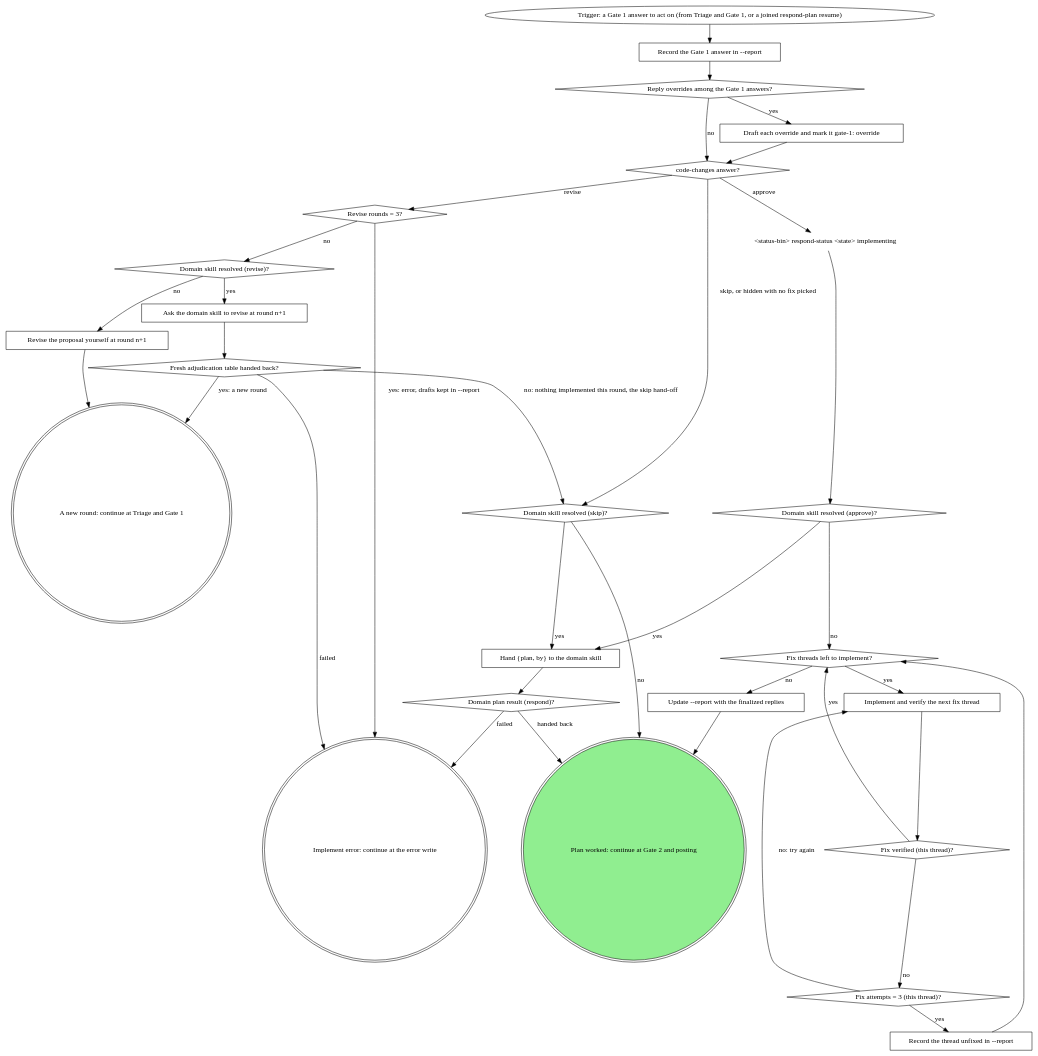
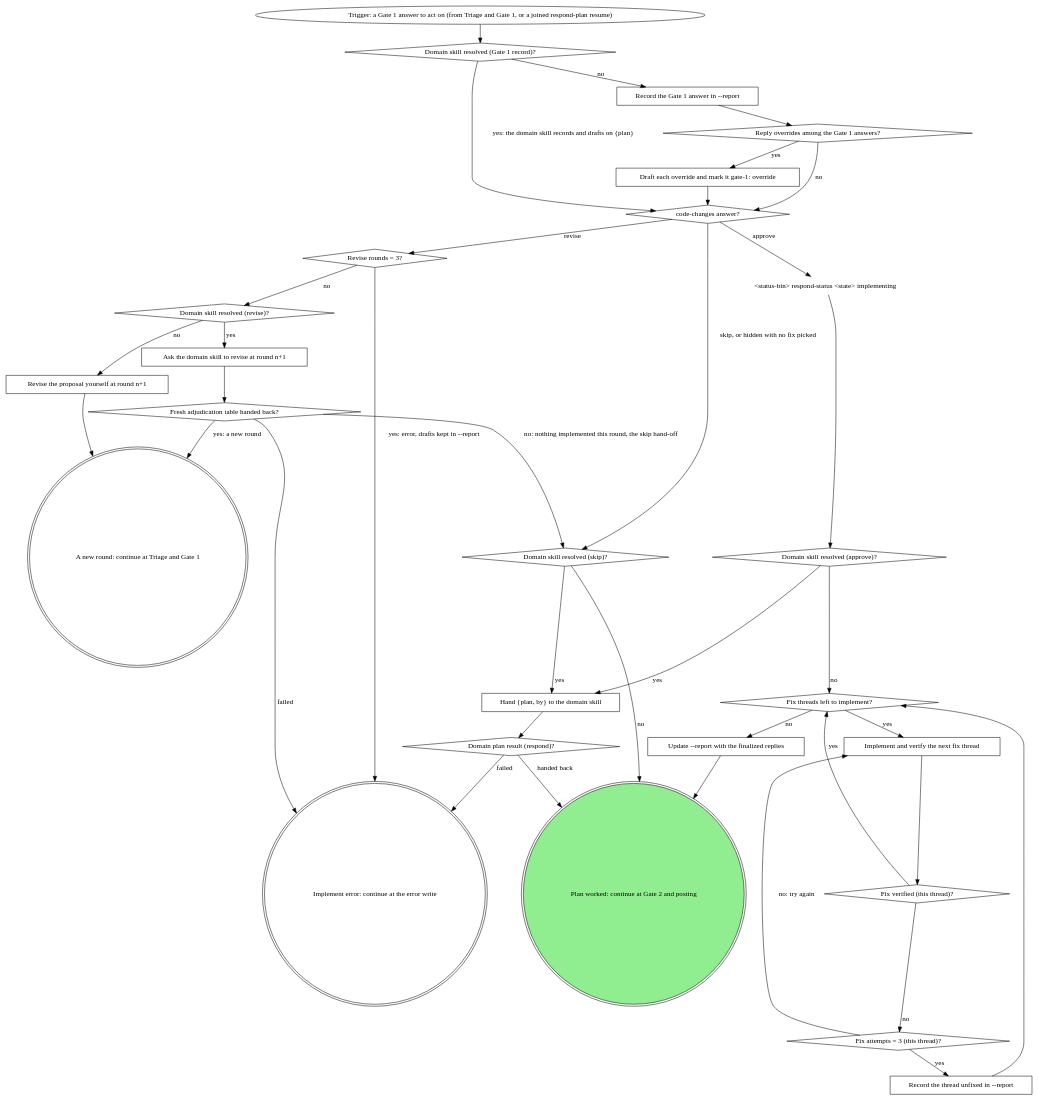
Before and after one commit to m4ttstack/mattstack: the diagram in apps/board/skills/respond/implement.md, drawn with Graphviz. The commit also changed other lines of this file and 7 other files, not shown here.

Commit message:
board:respond: STOPs pass the fix-once counter; domain path skips the record boxes

````diff
--- a/apps/board/skills/respond/implement.md
+++ b/apps/board/skills/respond/implement.md
@@ -12,65 +12,68 @@
 ```dot
 digraph respond_implement_the_plan {
     rankdir=TB;
 
     "Trigger: a Gate 1 answer to act on (from Triage and Gate 1, or a joined respond-plan resume)" [shape=ellipse];
+    "Domain skill resolved (Gate 1 record)?" [shape=diamond];
     "Record the Gate 1 answer in --report" [shape=box];
     "Reply overrides among the Gate 1 answers?" [shape=diamond];
     "Draft each override and mark it gate-1: override" [shape=box];
     "code-changes answer?" [shape=diamond];
     "<status-bin> respond-status <state> implementing" [shape=plaintext];
     "Domain skill resolved (approve)?" [shape=diamond];
     "Domain skill resolved (skip)?" [shape=diamond];
     "Hand {plan, by} to the domain skill" [shape=box];
     "Domain plan result (respond)?" [shape=diamond];
     "Fix threads left to implement?" [shape=diamond];
     "Implement and verify the next fix thread" [shape=box];
     "Fix verified (this thread)?" [shape=diamond];
     "Fix attempts = 3 (this thread)?" [shape=diamond];
     "Record the thread unfixed in --report" [shape=box];
     "Update --report with the finalized replies" [shape=box];
     "Revise rounds = 3?" [shape=diamond];
     "Domain skill resolved (revise)?" [shape=diamond];
     "Ask the domain skill to revise at round n+1" [shape=box];
     "Fresh adjudication table handed back?" [shape=diamond];
     "Revise the proposal yourself at round n+1" [shape=box];
     "Plan worked: continue at Gate 2 and posting" [shape=doublecircle style=filled fillcolor=lightgreen];
     "Implement error: continue at the error write" [shape=doublecircle];
     "A new round: continue at Triage and Gate 1" [shape=doublecircle];
 
-    "Trigger: a Gate 1 answer to act on (from Triage and Gate 1, or a joined respond-plan resume)" -> "Record the Gate 1 answer in --report";
+    "Trigger: a Gate 1 answer to act on (from Triage and Gate 1, or a joined respond-plan resume)" -> "Domain skill resolved (Gate 1 record)?";
+    "Domain skill resolved (Gate 1 record)?" -> "code-changes answer?" [label="yes: the domain skill records and drafts on {plan}"];
+    "Domain skill resolved (Gate 1 record)?" -> "Record the Gate 1 answer in --report" [label="no"];
     "Record the Gate 1 answer in --report" -> "Reply overrides among the Gate 1 answers?";
     "Reply overrides among the Gate 1 answers?" -> "Draft each override and mark it gate-1: override" [label="yes"];
     "Reply overrides among the Gate 1 answers?" -> "code-changes answer?" [label="no"];
     "Draft each override and mark it gate-1: override" -> "code-changes answer?";
     "code-changes answer?" -> "<status-bin> respond-status <state> implementing" [label="approve"];
     "code-changes answer?" -> "Domain skill resolved (skip)?" [label="skip, or hidden with no fix picked"];
     "code-changes answer?" -> "Revise rounds = 3?" [label="revise"];
     "<status-bin> respond-status <state> implementing" -> "Domain skill resolved (approve)?";
     "Domain skill resolved (approve)?" -> "Hand {plan, by} to the domain skill" [label="yes"];
     "Domain skill resolved (approve)?" -> "Fix threads left to implement?" [label="no"];
     "Domain skill resolved (skip)?" -> "Hand {plan, by} to the domain skill" [label="yes"];
     "Domain skill resolved (skip)?" -> "Plan worked: continue at Gate 2 and posting" [label="no"];
     "Hand {plan, by} to the domain skill" -> "Domain plan result (respond)?";
     "Domain plan result (respond)?" -> "Plan worked: continue at Gate 2 and posting" [label="handed back"];
     "Domain plan result (respond)?" -> "Implement error: continue at the error write" [label="failed"];
     "Fix threads left to implement?" -> "Implement and verify the next fix thread" [label="yes"];
     "Fix threads left to implement?" -> "Update --report with the finalized replies" [label="no"];
     "Implement and verify the next fix thread" -> "Fix verified (this thread)?";
     "Fix verified (this thread)?" -> "Fix threads left to implement?" [label="yes"];
     "Fix verified (this thread)?" -> "Fix attempts = 3 (this thread)?" [label="no"];
     "Fix attempts = 3 (this thread)?" -> "Implement and verify the next fix thread" [label="no: try again"];
     "Fix attempts = 3 (this thread)?" -> "Record the thread unfixed in --report" [label="yes"];
     "Record the thread unfixed in --report" -> "Fix threads left to implement?";
     "Update --report with the finalized replies" -> "Plan worked: continue at Gate 2 and posting";
     "Revise rounds = 3?" -> "Domain skill resolved (revise)?" [label="no"];
     "Revise rounds = 3?" -> "Implement error: continue at the error write" [label="yes: error, drafts kept in --report"];
     "Domain skill resolved (revise)?" -> "Ask the domain skill to revise at round n+1" [label="yes"];
     "Domain skill resolved (revise)?" -> "Revise the proposal yourself at round n+1" [label="no"];
     "Ask the domain skill to revise at round n+1" -> "Fresh adjudication table handed back?";
     "Fresh adjudication table handed back?" -> "A new round: continue at Triage and Gate 1" [label="yes: a new round"];
     "Fresh adjudication table handed back?" -> "Domain skill resolved (skip)?" [label="no: nothing implemented this round, the skip hand-off"];
     "Fresh adjudication table handed back?" -> "Implement error: continue at the error write" [label="failed"];
     "Revise the proposal yourself at round n+1" -> "A new round: continue at Triage and Gate 1";
 }
 ```
````
